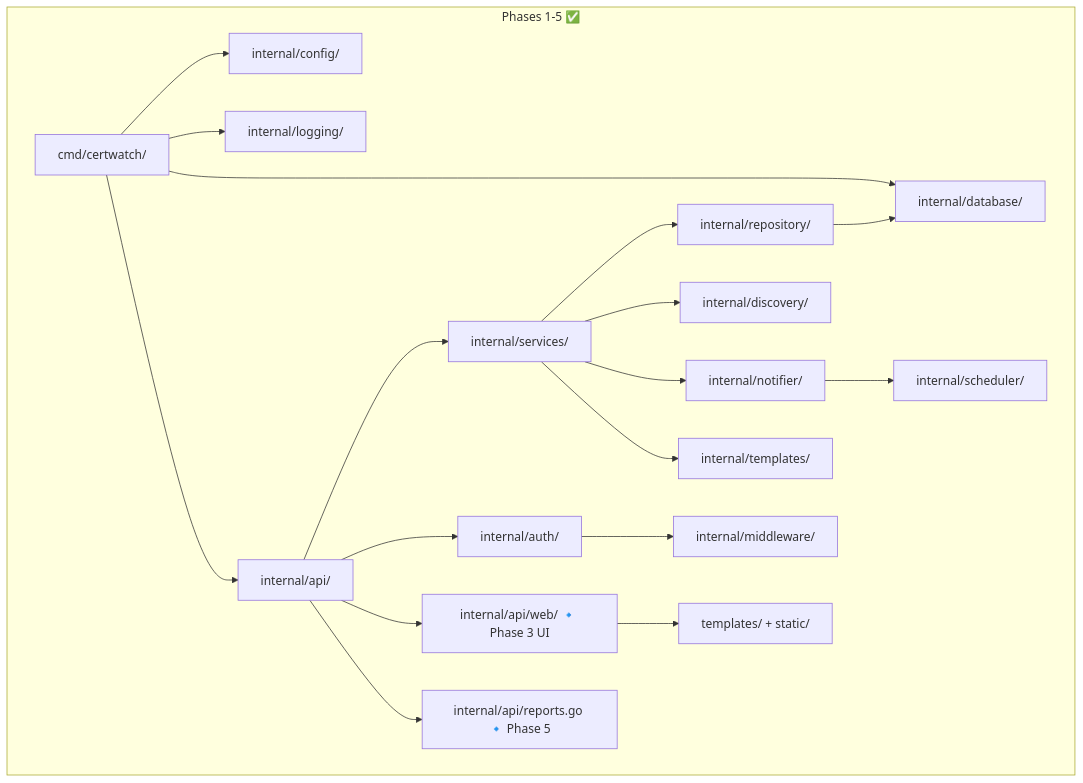
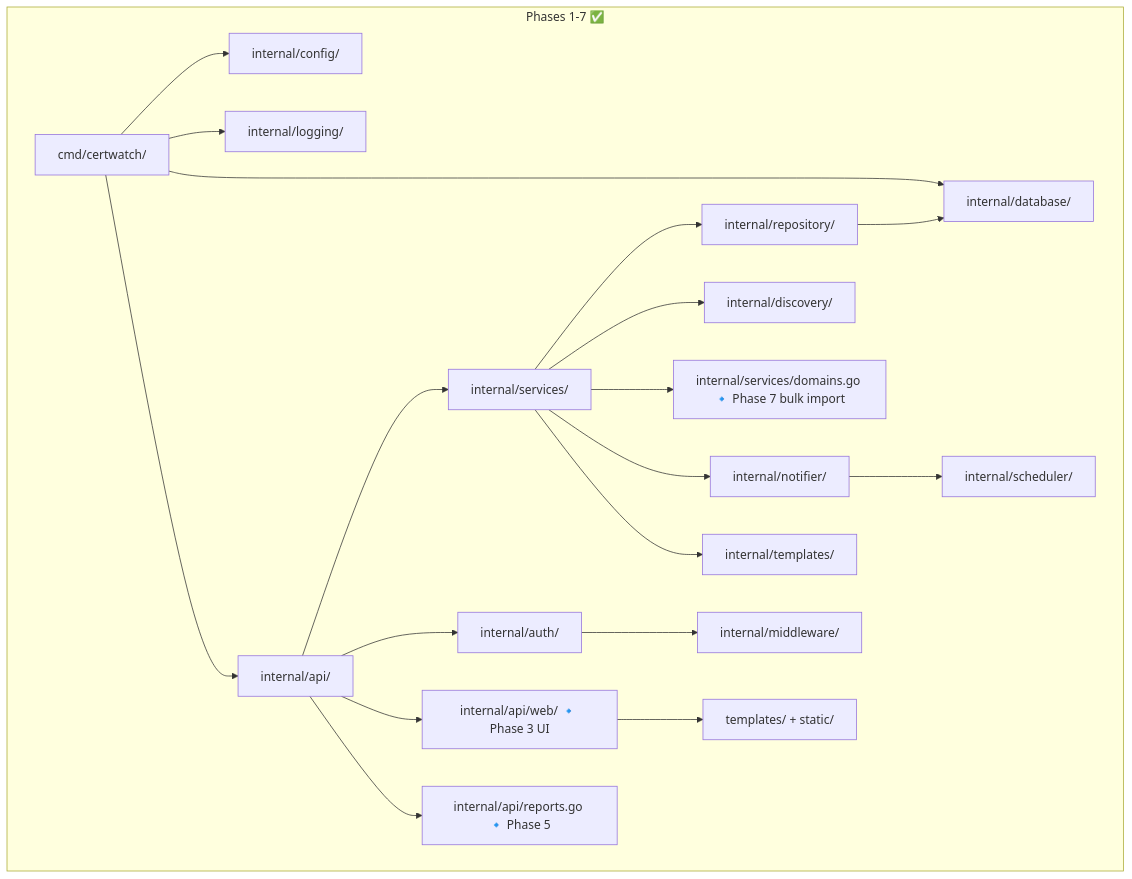
Before and after one commit to araujofrancisco/certwatch: the diagram in docs/architecture.md, drawn with Mermaid. The commit also changed other lines of this file and 5 other files, not shown here.

First line of the commit message:
Full documentation update for Phases 6-7: backup/restore, bulk import

````diff
--- a/docs/architecture.md
+++ b/docs/architecture.md
@@ -8,17 +8,18 @@
 ```mermaid
 graph TD
-    subgraph "Phases 1-5 ✅"
+    subgraph "Phases 1-7 ✅"
         cmd/certwatch/ --> internal/config/
         cmd/certwatch/ --> internal/logging/
         cmd/certwatch/ --> internal/database/
         cmd/certwatch/ --> internal/api/ --> internal/services/ --> internal/repository/
         internal/repository/ --> internal/database/
         internal/services/ --> internal/discovery/
         internal/api/ --> internal/auth/ --> internal/middleware/
         internal/api/ --> U[internal/api/web/ 🔹 Phase 3 UI]
         U --> T[templates/ + static/]
         internal/api/ --> R[internal/api/reports.go 🔹 Phase 5]
+        internal/services/ --> I[internal/services/domains.go 🔹 Phase 7 bulk import]
         internal/services/ --> internal/notifier/ --> internal/scheduler/
         internal/services/ --> internal/templates/
     end
 ```
````
